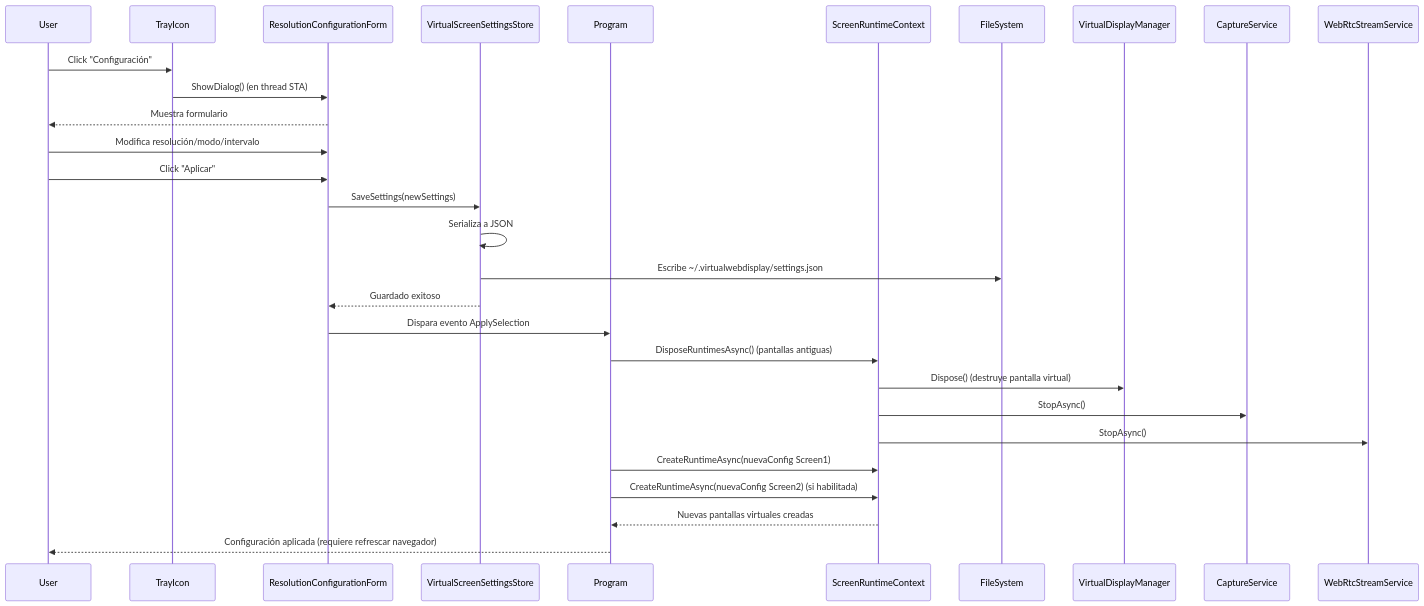
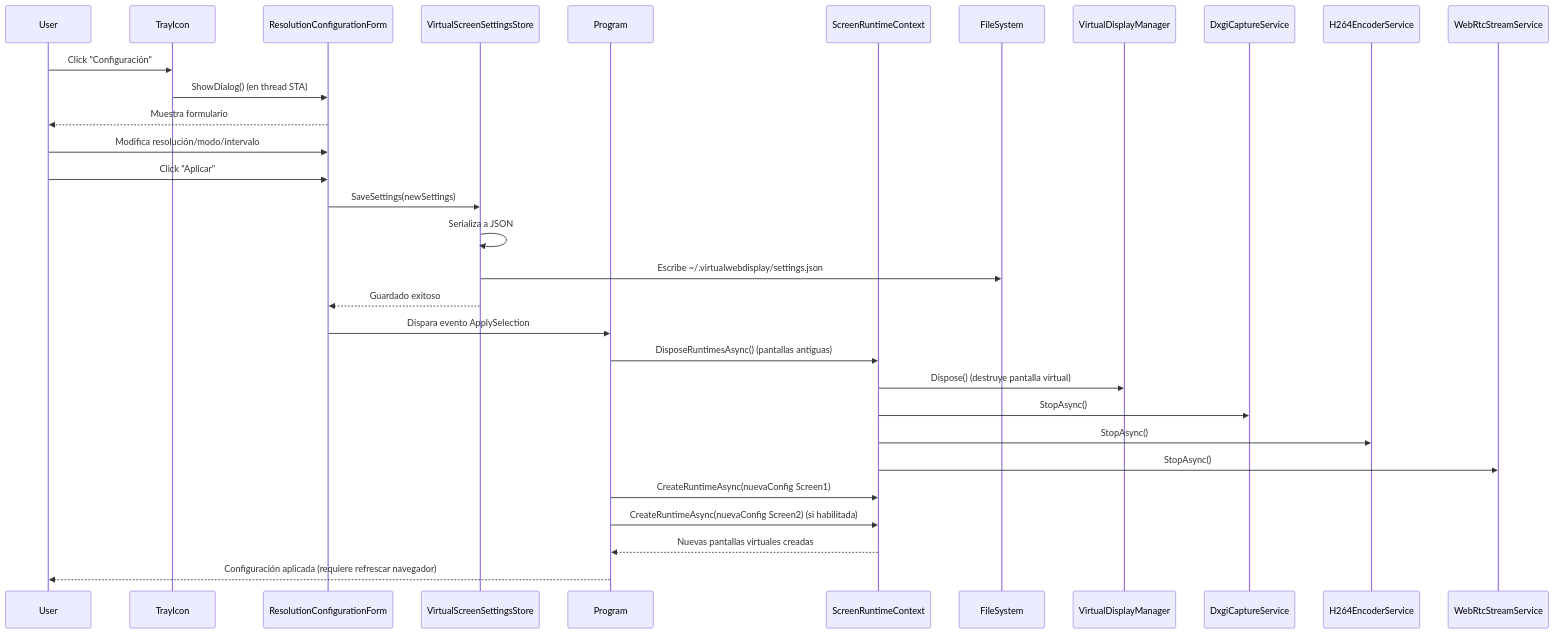
One commit to quiro90/VirtualWebDisplay changed the fifth of 5 diagrams in docs/ARCHITECTURE.md. Above: the diagram before and after it, drawn with Mermaid. The commit also changed other lines of this file and 8 other files, not shown here.

````diff
--- a/docs/ARCHITECTURE.md
+++ b/docs/ARCHITECTURE.md
@@ -375,33 +367,34 @@
 ```mermaid
 sequenceDiagram
     participant User
     participant TrayIcon
     participant ResolutionConfigurationForm
     participant VirtualScreenSettingsStore
     participant Program
     participant ScreenRuntimeContext
 
     User->>TrayIcon: Click "Configuración"
     TrayIcon->>ResolutionConfigurationForm: ShowDialog() (en thread STA)
     ResolutionConfigurationForm-->>User: Muestra formulario
 
     User->>ResolutionConfigurationForm: Modifica resolución/modo/intervalo
     User->>ResolutionConfigurationForm: Click "Aplicar"
 
     ResolutionConfigurationForm->>VirtualScreenSettingsStore: SaveSettings(newSettings)
     VirtualScreenSettingsStore->>VirtualScreenSettingsStore: Serializa a JSON
     VirtualScreenSettingsStore->>FileSystem: Escribe ~/.virtualwebdisplay/settings.json
     VirtualScreenSettingsStore-->>ResolutionConfigurationForm: Guardado exitoso
 
     ResolutionConfigurationForm->>Program: Dispara evento ApplySelection
     Program->>ScreenRuntimeContext: DisposeRuntimesAsync() (pantallas antiguas)
     ScreenRuntimeContext->>VirtualDisplayManager: Dispose() (destruye pantalla virtual)
-    ScreenRuntimeContext->>CaptureService: StopAsync()
+    ScreenRuntimeContext->>DxgiCaptureService: StopAsync()
+    ScreenRuntimeContext->>H264EncoderService: StopAsync()
     ScreenRuntimeContext->>WebRtcStreamService: StopAsync()
 
     Program->>ScreenRuntimeContext: CreateRuntimeAsync(nuevaConfig Screen1)
     Program->>ScreenRuntimeContext: CreateRuntimeAsync(nuevaConfig Screen2) (si habilitada)
     ScreenRuntimeContext-->>Program: Nuevas pantallas virtuales creadas
 
     Program-->>User: Configuración aplicada (requiere refrescar navegador)
 ```
````
